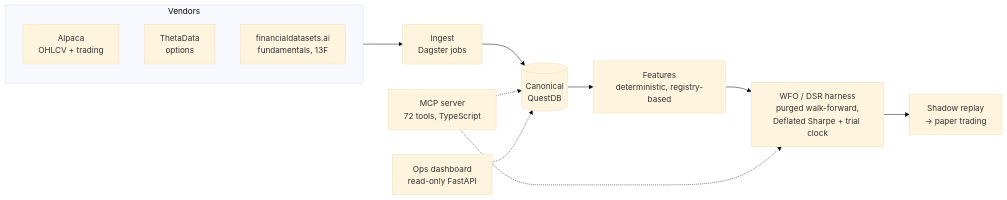
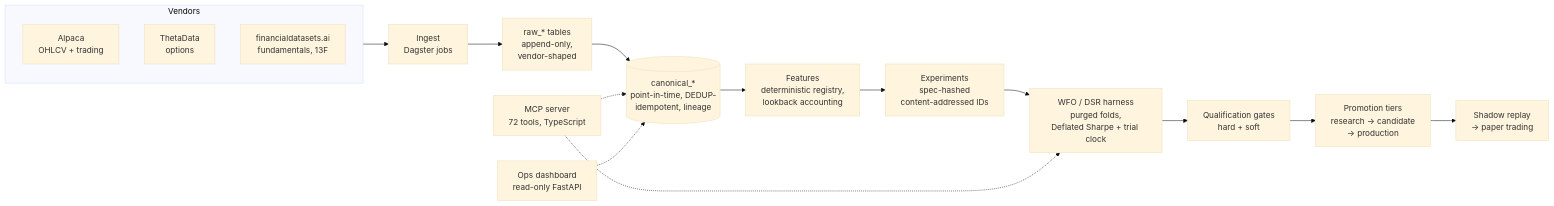
The diagram in README.md (skyliquid22/yats), drawn with Mermaid (base theme) before and after one commit. The commit also changed other lines of this file, not shown here.

Commit message:
docs: README depth — unified lifecycle diagram, config anatomy, troubleshooting, who-this-is-for

````diff
--- a/README.md
+++ b/README.md
@@ -25,18 +32,22 @@
 ```mermaid
 flowchart LR
     subgraph vendors [Vendors]
         A[Alpaca<br/>OHLCV + trading]
         T[ThetaData<br/>options]
         F[financialdatasets.ai<br/>fundamentals, 13F]
     end
 
     vendors --> I[Ingest<br/>Dagster jobs]
-    I --> C[(Canonical<br/>QuestDB)]
-    C --> FE[Features<br/>deterministic, registry-based]
-    FE --> H[WFO / DSR harness<br/>purged walk-forward,<br/>Deflated Sharpe + trial clock]
-    H --> S[Shadow replay<br/>→ paper trading]
+    I --> R[raw_* tables<br/>append-only,<br/>vendor-shaped]
+    R --> C[(canonical_*<br/>point-in-time, DEDUP-<br/>idempotent, lineage)]
+    C --> FE[Features<br/>deterministic registry,<br/>lookback accounting]
+    FE --> E[Experiments<br/>spec-hashed<br/>content-addressed IDs]
+    E --> H[WFO / DSR harness<br/>purged folds,<br/>Deflated Sharpe + trial clock]
+    H --> Q[Qualification gates<br/>hard + soft]
+    Q --> P[Promotion tiers<br/>research → candidate<br/>→ production]
+    P --> S[Shadow replay<br/>→ paper trading]
 
     M[MCP server<br/>72 tools, TypeScript] -.-> C
     M -.-> H
     D[Ops dashboard<br/>read-only FastAPI] -.-> C
 ```
````
